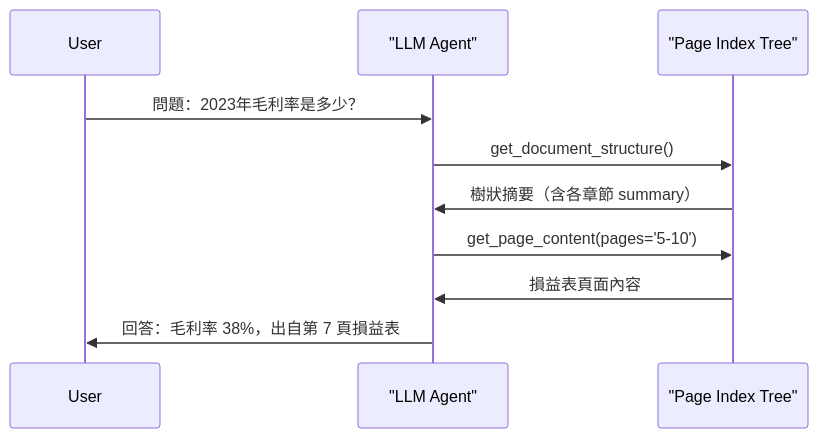
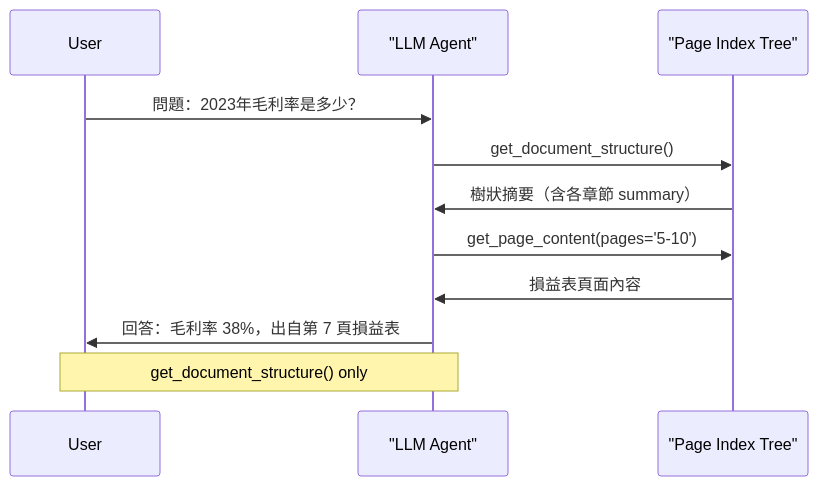
Before and after one commit to a920604a/engineernews: the first of 3 diagrams in src/content/posts/tech/2026-05-12-pageindex-vs-vector-rag.md, drawn with Mermaid. The commit also changed 4 other files, not shown here.

Commit message:
fix: auto-fix mermaid syntax errors in posts

````diff
--- a/src/content/posts/tech/2026-05-12-pageindex-vs-vector-rag.md
+++ b/src/content/posts/tech/2026-05-12-pageindex-vs-vector-rag.md
@@ -60,13 +60,14 @@
 ```mermaid
 sequenceDiagram
   participant User
   participant Agent as "LLM Agent"
   participant Index as "Page Index Tree"
 
   User->>Agent: 問題：2023年毛利率是多少？
   Agent->>Index: get_document_structure()
   Index->>Agent: 樹狀摘要（含各章節 summary）
   Agent->>Index: get_page_content(pages='5-10')
   Index->>Agent: 損益表頁面內容
   Agent->>User: 回答：毛利率 38%，出自第 7 頁損益表
+  Note over User,Agent: get_document_structure() only
 ```
````
